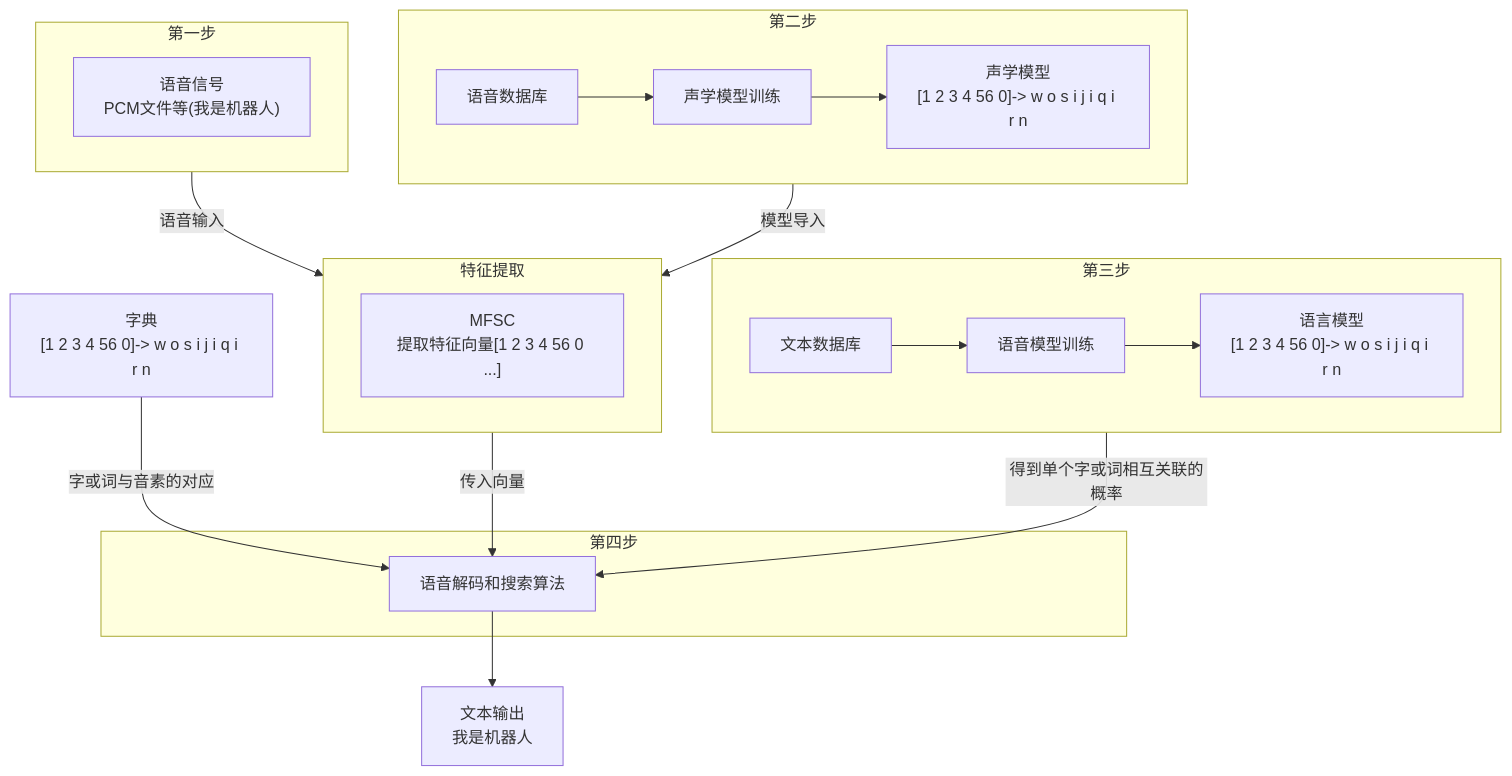
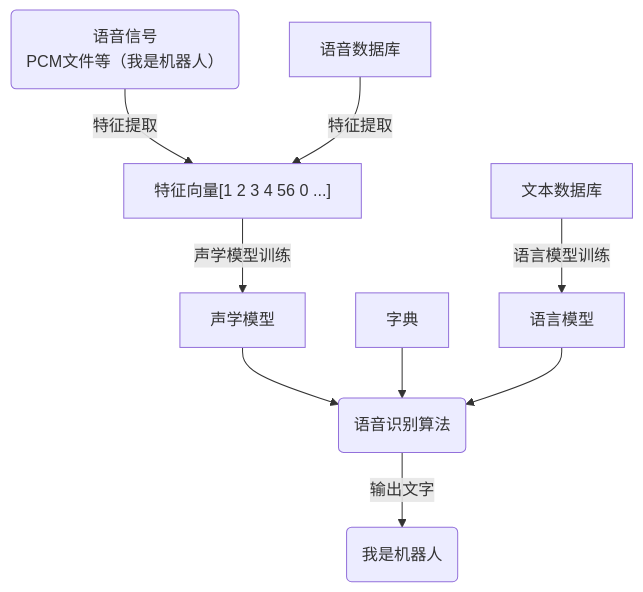
Before and after one commit to A2C29K9/ASR: the diagram in docs/index.md, drawn with Mermaid.

````diff
--- a/docs/index.md
+++ b/docs/index.md
@@ -62,25 +62,10 @@
 ```mermaid
-flowchart TB
-    A["字典\n[1 2 3 4 56 0]-> w o s i j i q i r n"]-->|字或词与音素的对应|B
-    subgraph 第四步
-    B[语音解码和搜索算法]
-    end
-    subgraph 特征提取
-    D["MFSC\n提取特征向量[1 2 3 4 56 0 ...]"]
-    end
-    subgraph 第一步
-    C["语音信号\nPCM文件等(我是机器人)"]
-    end
-    subgraph 第二步
-    E[语音数据库]-->F[声学模型训练]
-    F-->G["声学模型\n[1 2 3 4 56 0]-> w o s i j i q i r n"]
-    end
-    subgraph 第三步
-    文本数据库-->语音模型训练-->H["语言模型\n[1 2 3 4 56 0]-> w o s i j i q i r n"]
-    end
-    B-->I["文本输出\n我是机器人"]
-    第一步-->|语音输入|特征提取
-    第二步-->|模型导入|特征提取
-    特征提取-->|传入向量|B
-    第三步-->|得到单个字或词相互关联的概率|B
+graph TB
+    A("语音信号\nPCM文件等（我是机器人）")-->|特征提取|B["特征向量[1 2 3 4 56 0 ...]"]
+    C("语音识别算法")
+    C-->|输出文字|D("我是机器人")
+    01[语音数据库]-->|特征提取|B
+    B-->|声学模型训练|声学模型-->C
+    字典-->C
+    文本数据库-->|语言模型训练|语言模型-->C
 ```  
````
